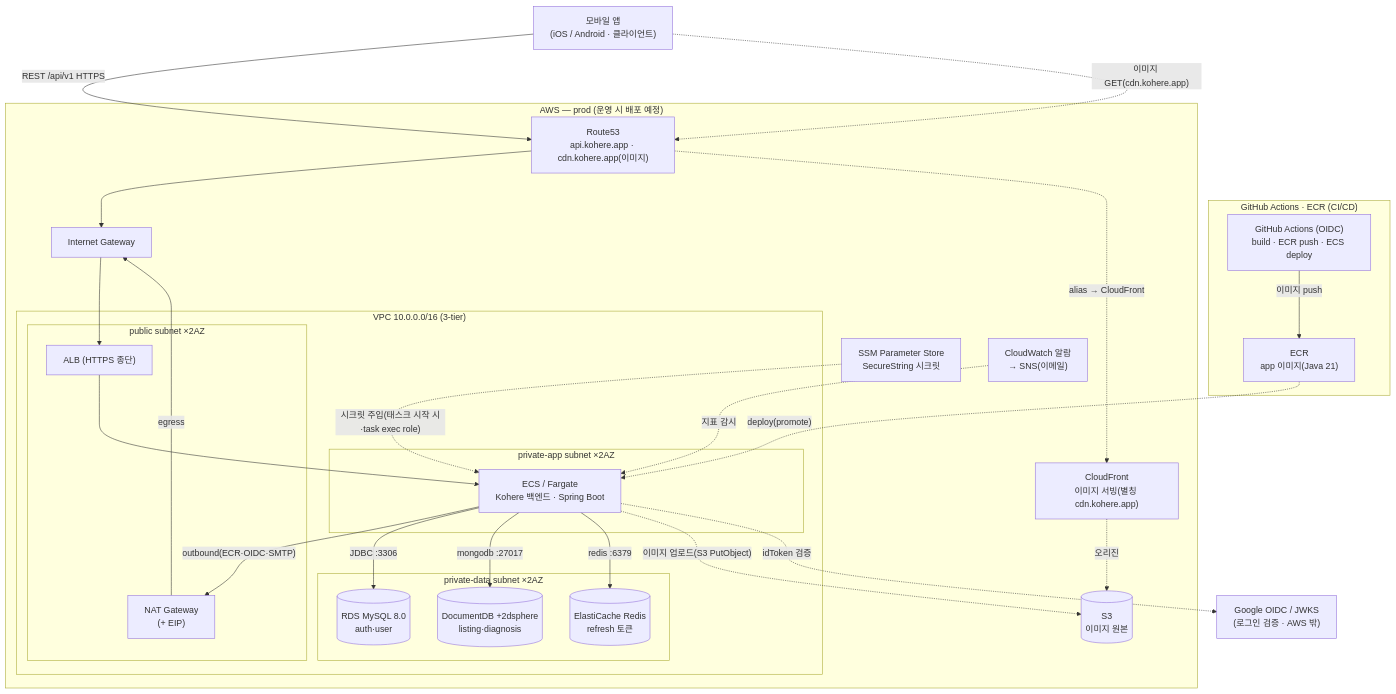
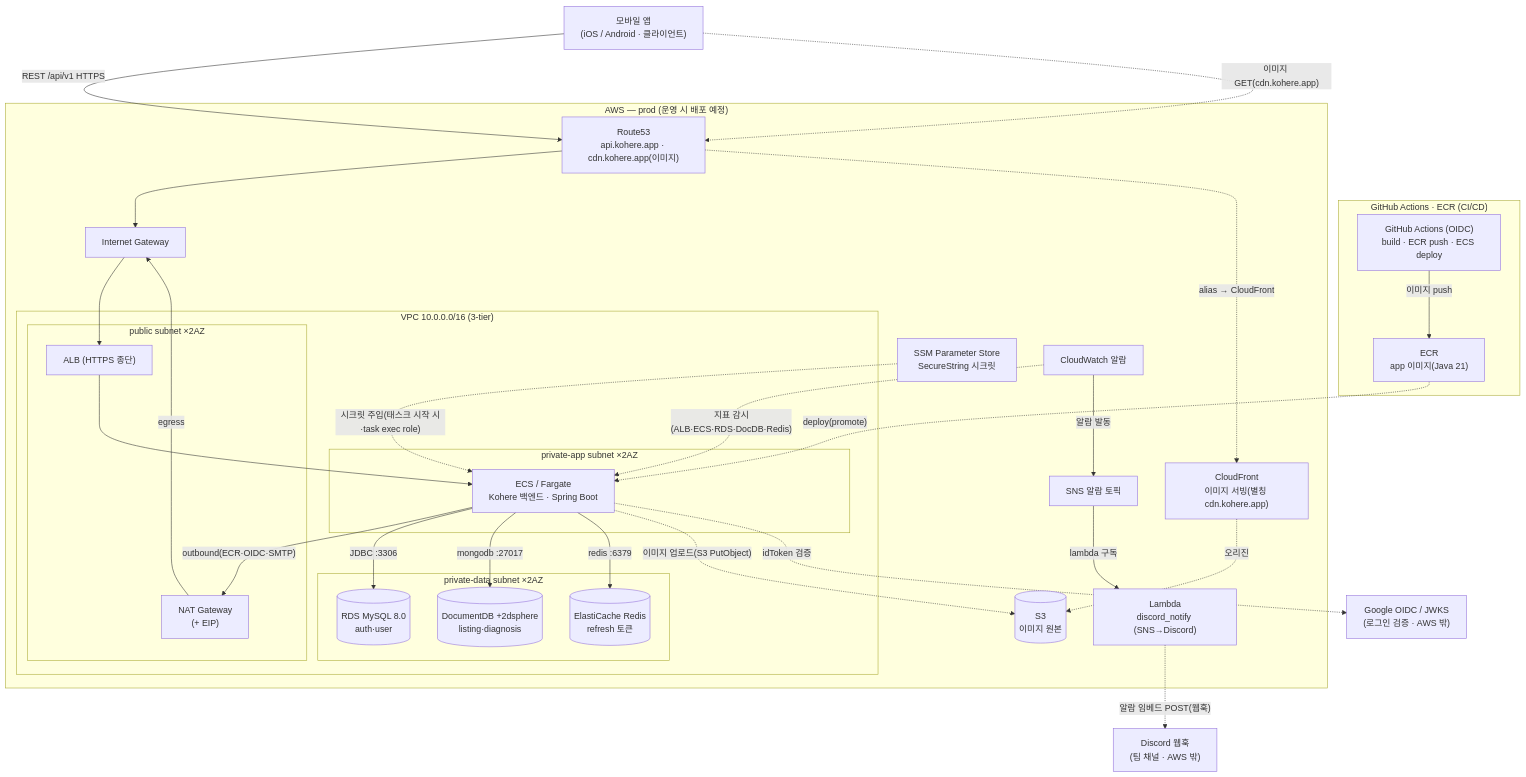
Before and after one commit to jameskim9509/Kohere-backend: the fourth of 5 diagrams in docs/architecture/system-overview.md, drawn with Mermaid. The commit also changed other lines of this file and 23 other files, not shown here.

````diff
--- a/docs/architecture/system-overview.md
+++ b/docs/architecture/system-overview.md
@@ -173,52 +173,58 @@
 ```mermaid
 flowchart TB
     APP["모바일 앱<br/>(iOS / Android · 클라이언트)"]
     EXT["Google OIDC / JWKS<br/>(로그인 검증 · AWS 밖)"]
+    DISCORD["Discord 웹훅<br/>(팀 채널 · AWS 밖)"]
 
     subgraph CICD["GitHub Actions · ECR (CI/CD)"]
       GHA["GitHub Actions (OIDC)<br/>build · ECR push · ECS deploy"]
       ECR["ECR<br/>app 이미지(Java 21)"]
     end
 
     subgraph AWS["AWS — prod (운영 시 배포 예정)"]
       R53["Route53<br/>api.kohere.app · cdn.kohere.app(이미지)"]
       CF["CloudFront<br/>이미지 서빙(별칭 cdn.kohere.app)"]
       S3IMG[("S3<br/>이미지 원본")]
       SSM["SSM Parameter Store<br/>SecureString 시크릿"]
-      CW["CloudWatch 알람<br/>→ SNS(이메일)"]
+      CW["CloudWatch 알람"]
+      SNS["SNS 알람 토픽"]
+      LMBD["Lambda<br/>discord_notify (SNS→Discord)"]
       IGW["Internet Gateway"]
       subgraph VPC["VPC 10.0.0.0/16 (3-tier)"]
         subgraph PUB["public subnet ×2AZ"]
           ALB["ALB (HTTPS 종단)"]
           NAT["NAT Gateway<br/>(+ EIP)"]
         end
         subgraph APPNET["private-app subnet ×2AZ"]
           FARGATE["ECS / Fargate<br/>Kohere 백엔드 · Spring Boot"]
         end
         subgraph DATANET["private-data subnet ×2AZ"]
           RDS[("RDS MySQL 8.0<br/>auth·user")]
           MONGO[("DocumentDB +2dsphere<br/>listing·diagnosis")]
           ELASTI[("ElastiCache Redis<br/>refresh 토큰")]
         end
       end
     end
 
     GHA -- "이미지 push" --> ECR
     ECR -. "deploy(promote)" .-> FARGATE
     APP -- "REST /api/v1 HTTPS" --> R53
     R53 --> IGW
     IGW --> ALB
     ALB --> FARGATE
     FARGATE -- "outbound(ECR·OIDC·SMTP)" --> NAT
     NAT -- "egress" --> IGW
     SSM -. "시크릿 주입(태스크 시작 시·task exec role)" .-> FARGATE
     FARGATE -- "JDBC :3306" --> RDS
     FARGATE -- "mongodb :27017" --> MONGO
     FARGATE -- "redis :6379" --> ELASTI
     FARGATE -. "이미지 업로드(S3 PutObject)" .-> S3IMG
     CF -. "오리진" .-> S3IMG
     APP -. "이미지 GET(cdn.kohere.app)" .-> R53
     R53 -. "alias → CloudFront" .-> CF
     FARGATE -. "idToken 검증" .-> EXT
-    CW -. "지표 감시" .-> FARGATE
+    CW -. "지표 감시(ALB·ECS·RDS·DocDB·Redis)" .-> FARGATE
+    CW -- "알람 발동" --> SNS
+    SNS -- "lambda 구독" --> LMBD
+    LMBD -. "알람 임베드 POST(웹훅)" .-> DISCORD
 ```
````
